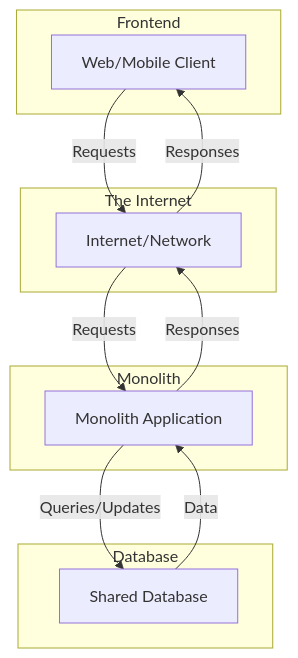
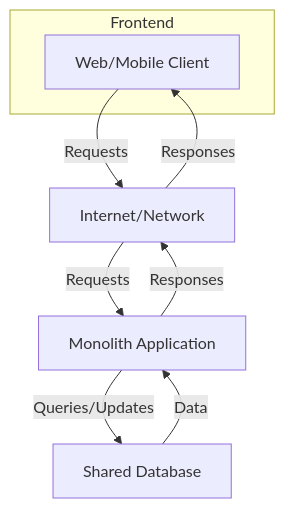
Before and after one commit to bmeurant/technical-docs: the diagram in software-architecture/architectural-styles/monolithic.md, drawn with Mermaid. The commit also changed 9 other files, not shown here.

Commit message:
docs(software-architecture): Simplifies mermaid diagrams

````diff
--- a/software-architecture/architectural-styles/monolithic.md
+++ b/software-architecture/architectural-styles/monolithic.md
@@ -20,25 +20,17 @@
 ```mermaid
 graph TD
     subgraph Frontend
-        A[Web/Mobile Client]
+        C[Web/Mobile Client]
     end
 
-    subgraph The Internet
-        B[Internet/Network]
-    end
+    N[Internet/Network]
+    M[Monolith Application]
+    D[Shared Database]
 
-    subgraph Monolith
-        C[Monolith Application]
-    end
-
-    subgraph Database
-        D[Shared Database]
-    end
-
-    A -- "Requests" --> B
-    B -- "Requests" --> C
-    C -- "Queries/Updates" --> D
-    D -- "Data" --> C
-    C -- "Responses" --> B
-    B -- "Responses" --> A
+    C -- "Requests" --> N
+    N -- "Requests" --> M
+    M -- "Queries/Updates" --> D
+    D -- "Data" --> M
+    M -- "Responses" --> N
+    N -- "Responses" --> C
 ```
````
